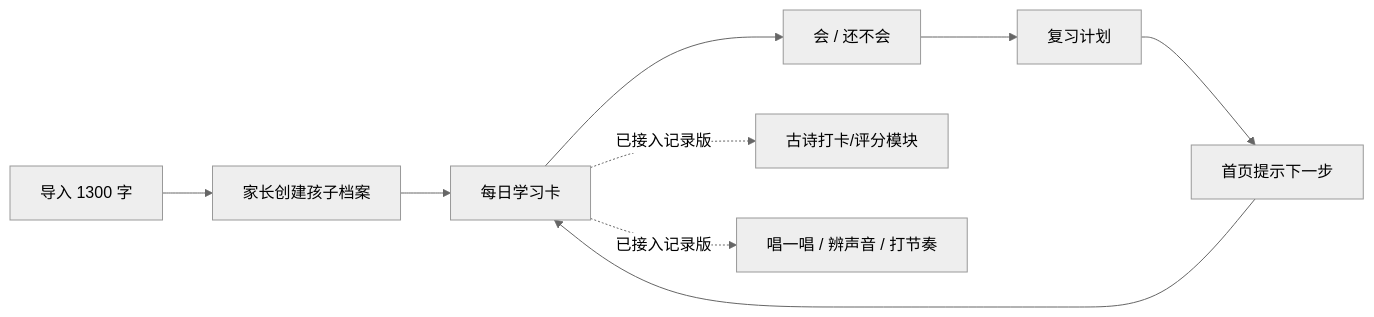
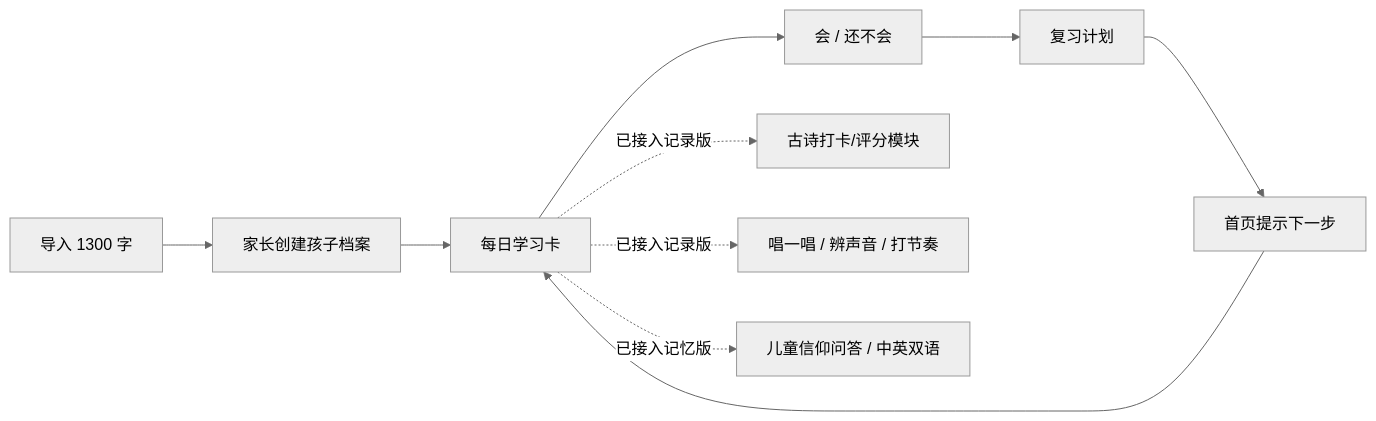
Before and after one commit to FisherUp11/Fisher_Learning_System: the diagram in README.md, drawn with Mermaid (neutral theme). The commit also changed other lines of this file and 25 other files, not shown here.

````diff
--- a/README.md
+++ b/README.md
@@ -56,11 +57,12 @@
 ```mermaid
 flowchart LR
   A[导入 1300 字] --> B[家长创建孩子档案]
   B --> C[每日学习卡]
   C --> D[会 / 还不会]
   D --> E[复习计划]
   E --> F[首页提示下一步]
   F --> C
   C -.已接入记录版.-> G[古诗打卡/评分模块]
   C -.已接入记录版.-> H[唱一唱 / 辨声音 / 打节奏]
+  C -.已接入记忆版.-> I[儿童信仰问答 / 中英双语]
 ```
````
